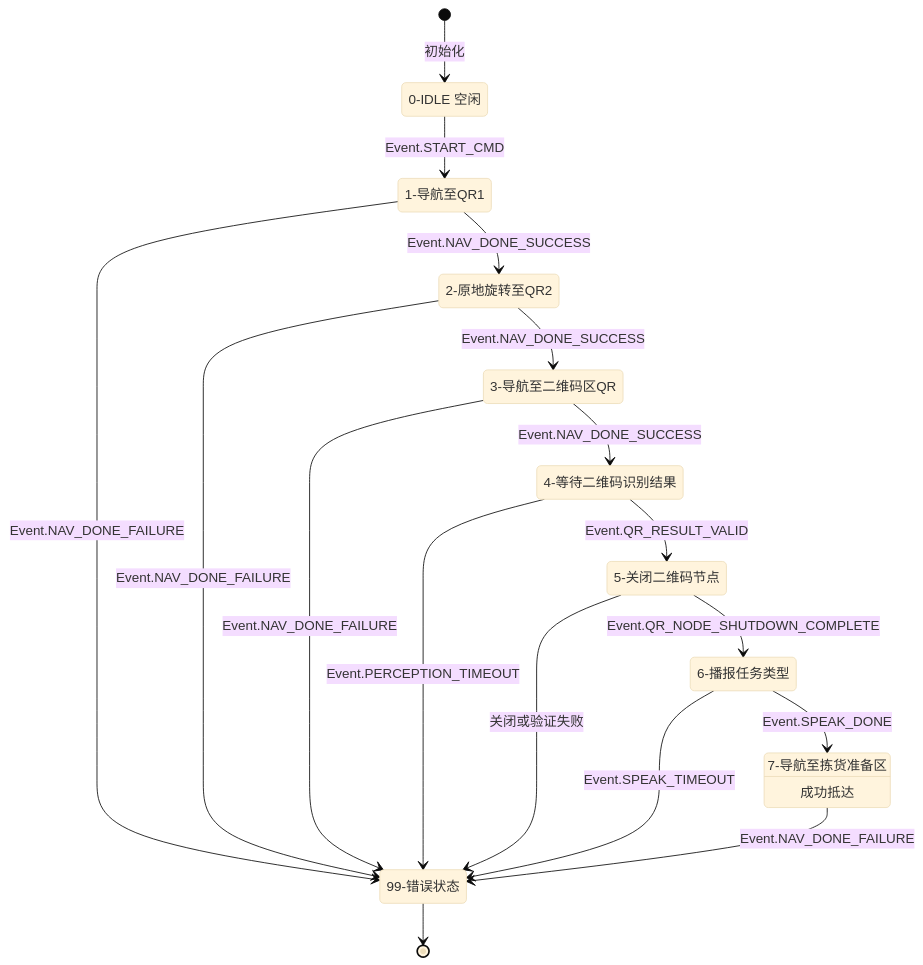
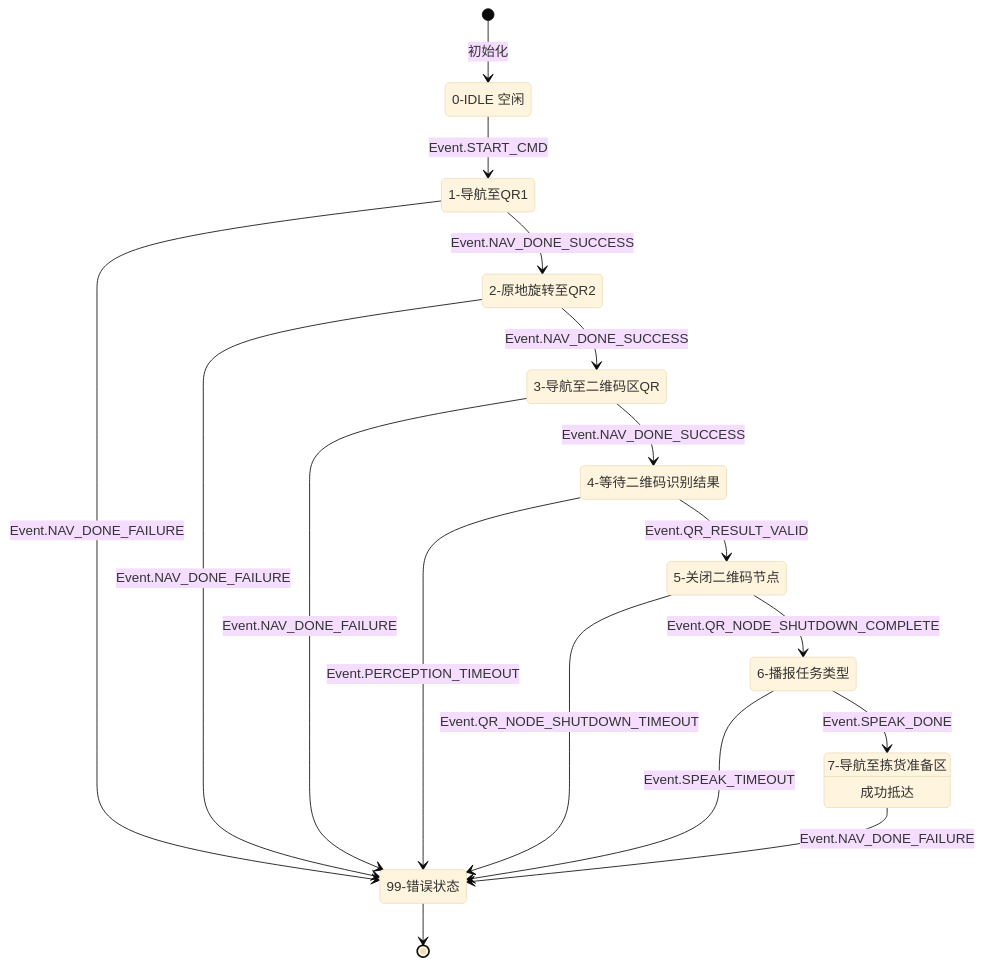
Before and after one commit to Abaabaxx/UCAR: the diagram in src/state_machine/mermaid/6_nav_to_pick_prep_area.md, drawn with Mermaid (base theme). The commit also changed 1 other file, not shown here.

Commit message:
完善前半段关闭qr_code节点的逻辑
为qr_code节点的关闭添加了超时定时器

````diff
--- a/src/state_machine/mermaid/6_nav_to_pick_prep_area.md
+++ b/src/state_machine/mermaid/6_nav_to_pick_prep_area.md
@@ -1,41 +1,44 @@
 ```mermaid
 stateDiagram-v2
-    %% @title 前半段状态机流程 (简化版)
+    %% @title 前半段状态机流程 (最终版-包含超时保护)
     
     %% --- 状态定义 ---
     IDLE: 0-IDLE 空闲
     NAVIGATE_TO_QR1: 1-导航至QR1
     ROTATE_TO_QR2: 2-原地旋转至QR2
     NAVIGATE_TO_QR_AREA: 3-导航至二维码区QR
     WAIT_FOR_QR_RESULT: 4-等待二维码识别结果
     SHUTDOWN_QR_NODE: 5-关闭二维码节点
     SPEAK_TASK_TYPE: 6-播报任务类型
     NAV_TO_PICK_PREP_AREA: 7-导航至拣货准备区
     ERROR: 99-错误状态
 
     %% --- 定义初始状态 ---
     [*] --> IDLE: 初始化
 
     %% --- 主要状态转换流程 ---
     IDLE --> NAVIGATE_TO_QR1: Event.START_CMD
     NAVIGATE_TO_QR1 --> ROTATE_TO_QR2: Event.NAV_DONE_SUCCESS
     ROTATE_TO_QR2 --> NAVIGATE_TO_QR_AREA: Event.NAV_DONE_SUCCESS
     NAVIGATE_TO_QR_AREA --> WAIT_FOR_QR_RESULT: Event.NAV_DONE_SUCCESS
     WAIT_FOR_QR_RESULT --> SHUTDOWN_QR_NODE: Event.QR_RESULT_VALID
     SHUTDOWN_QR_NODE --> SPEAK_TASK_TYPE: Event.QR_NODE_SHUTDOWN_COMPLETE
     SPEAK_TASK_TYPE --> NAV_TO_PICK_PREP_AREA: Event.SPEAK_DONE
     
     NAV_TO_PICK_PREP_AREA: 成功抵达
 
     %% --- 错误处理转换 ---
     NAVIGATE_TO_QR1 --> ERROR: Event.NAV_DONE_FAILURE
     ROTATE_TO_QR2 --> ERROR: Event.NAV_DONE_FAILURE
     NAVIGATE_TO_QR_AREA --> ERROR: Event.NAV_DONE_FAILURE
     WAIT_FOR_QR_RESULT --> ERROR: Event.PERCEPTION_TIMEOUT
-    SHUTDOWN_QR_NODE --> ERROR: 关闭或验证失败
+    
+    %% -- 关键更新点：明确指出超时事件 --
+    SHUTDOWN_QR_NODE --> ERROR: Event.QR_NODE_SHUTDOWN_TIMEOUT
+    
     SPEAK_TASK_TYPE --> ERROR: Event.SPEAK_TIMEOUT
     NAV_TO_PICK_PREP_AREA --> ERROR: Event.NAV_DONE_FAILURE
     
     %% --- 错误状态处理 ---
     ERROR --> [*]
 ```
````
